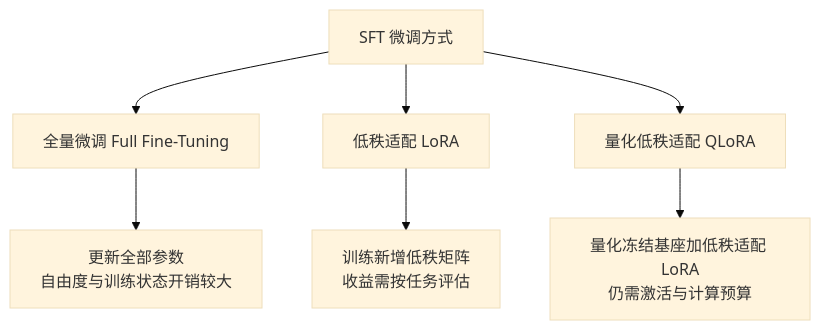
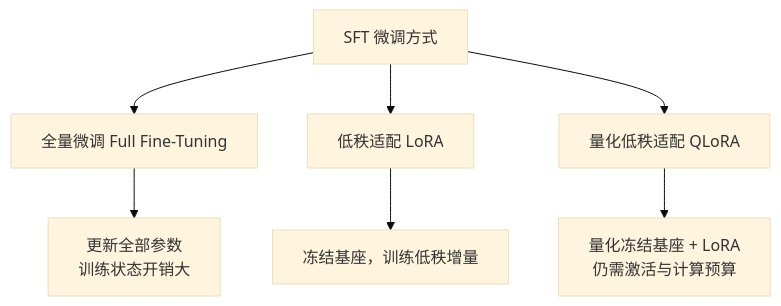
One commit to AI-learning-simple/Build-Your-Own-LLM changed the third of 3 diagrams in 2. Alignment 与训练工程/4. 监督微调（SFT）——指令跟随能力的训练.md. Above: the diagram before and after it, drawn with Mermaid (base theme). The commit also changed other lines of this file and 65 other files, not shown here.

````diff
--- a/2. Alignment 与训练工程/4. 监督微调（SFT）——指令跟随能力的训练.md
+++ b/2. Alignment 与训练工程/4. 监督微调（SFT）——指令跟随能力的训练.md
@@ -140,9 +166,9 @@
 ```mermaid
 flowchart TD
     A[SFT 微调方式] --> B[全量微调 Full Fine-Tuning]
     A --> C[低秩适配 LoRA]
     A --> D[量化低秩适配 QLoRA]
-    B --> E["更新全部参数<br/>自由度与训练状态开销较大"]
-    C --> F["训练新增低秩矩阵<br/>收益需按任务评估"]
-    D --> G["量化冻结基座加低秩适配 LoRA<br/>仍需激活与计算预算"]
+    B --> E["更新全部参数<br/>训练状态开销大"]
+    C --> F["冻结基座，训练低秩增量"]
+    D --> G["量化冻结基座 + LoRA<br/>仍需激活与计算预算"]
 ```
````
